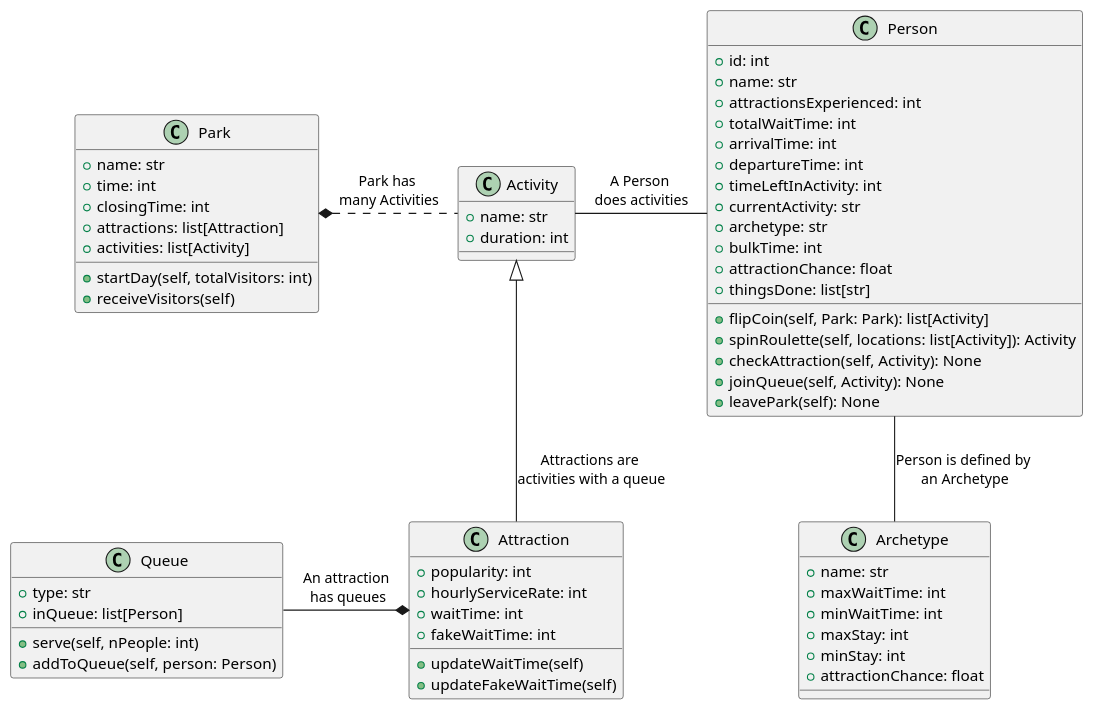
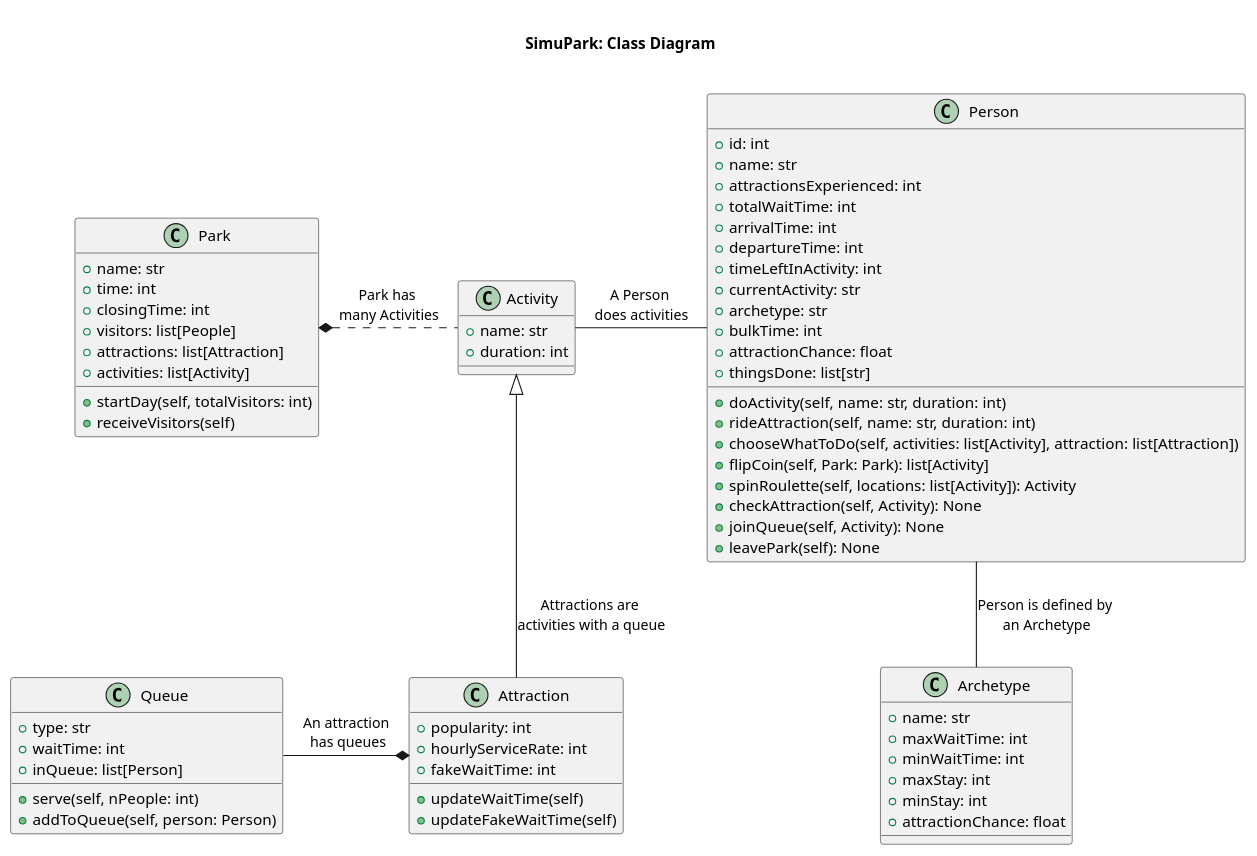
Before and after one commit to MrDahaniel/uisFiles: the diagram in 7mo Semestre/Simulación Digital/Proyecto Final/Desarrollo/Planning/Class Diagrams/Park.plantuml, drawn with PlantUML. The commit also changed 4 other files, not shown here.

```diff
--- a/7mo Semestre/Simulación Digital/Proyecto Final/Desarrollo/Planning/Class Diagrams/Park.plantuml
+++ b/7mo Semestre/Simulación Digital/Proyecto Final/Desarrollo/Planning/Class Diagrams/Park.plantuml
@@ -1,93 +1,99 @@
-@startuml
+@startuml parkClassDiagram
+
+     title \nSimuPark: Class Diagram\n
 
      ' skinparam style strictuml
      skinparam defaultTextAlignment center
 
      ' Class Declaration
      class Person {
           ' Variables
           +id: int
           +name: str
           +attractionsExperienced: int
           +totalWaitTime: int
           +arrivalTime: int
           +departureTime: int
           +timeLeftInActivity: int
           +currentActivity: str
           +archetype: str
           +bulkTime: int
           +attractionChance: float
           +thingsDone: list[str]
 
 
           ' Methods
+          +doActivity(self, name: str, duration: int)
+          +rideAttraction(self, name: str, duration: int)
+          +chooseWhatToDo(self, activities: list[Activity], attraction: list[Attraction])
           +flipCoin(self, Park: Park): list[Activity]
           +spinRoulette(self, locations: list[Activity]): Activity
           +checkAttraction(self, Activity): None
           +joinQueue(self, Activity): None
           +leavePark(self): None
      }
 
      class Archetype {
           ' Variables
           +name: str
           +maxWaitTime: int
           +minWaitTime: int
           +maxStay: int
           +minStay: int
           +attractionChance: float
 
           ' Methods
 
      }
 
      class Activity {
           ' Variables
           +name: str
           +duration: int
 
      }
 
      class Attraction {
           ' Variables
           +popularity: int
           +hourlyServiceRate: int
-          +waitTime: int
           +fakeWaitTime: int
           ' Methods
           
           +updateWaitTime(self)
           +updateFakeWaitTime(self)
      }
 
      class Park {
           ' Variables
           +name: str
           +time: int
           +closingTime: int
+          +visitors: list[People]
           +attractions: list[Attraction]
           +activities: list[Activity]
 
           ' Methods
           +startDay(self, totalVisitors: int)
           +receiveVisitors(self)
      }
 
      class Queue {
           ' Variables
           +type: str
+          +waitTime: int
           +inQueue: list[Person]
 
           ' Methods
           +serve(self, nPeople: int)
           +addToQueue(self, person: Person)
      }
 
      ' Relationships
      Park *.right. Activity : Park has \nmany Activities
      Activity <|-- Attraction : Attractions are \nactivities with a queue
      Person -left-  Activity : A Person \ndoes activities
      Person -- Archetype : Person is defined by \nan Archetype
      Attraction *-left- Queue : An attraction\n has queues
 
 @enduml
```
